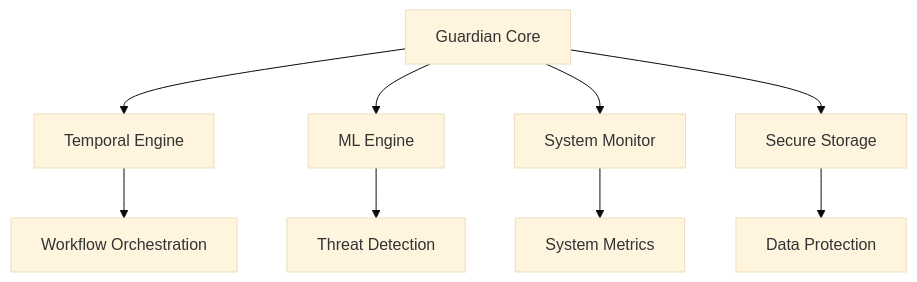
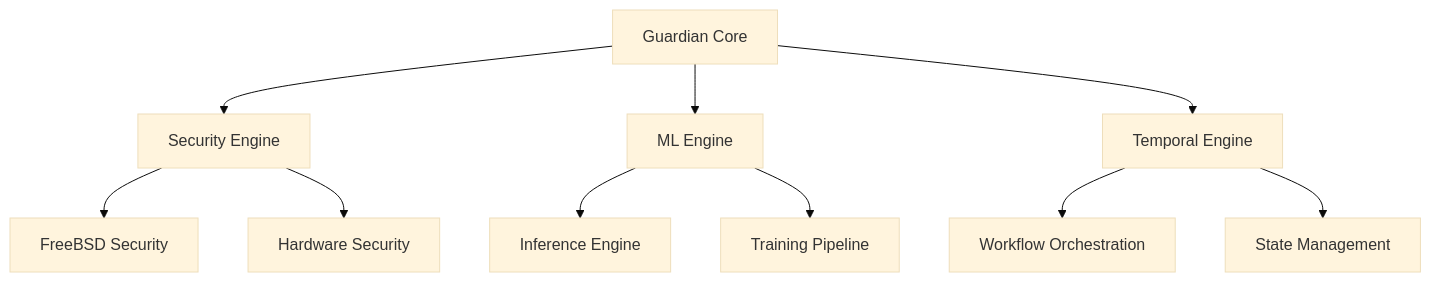
Before and after one commit to BlackBoyZeus/tsukasa--og8yhx: the first of 2 diagrams in src/backend/docs/README.md, drawn with Mermaid (base theme). The commit also changed other lines of this file, not shown here.

````diff
--- a/src/backend/docs/README.md
+++ b/src/backend/docs/README.md
@@ -19,12 +68,15 @@
 ```mermaid
 graph TD
-    A[Guardian Core] --> B[Temporal Engine]
+    A[Guardian Core] --> B[Security Engine]
     A --> C[ML Engine]
-    A --> D[System Monitor]
-    A --> E[Secure Storage]
+    A --> D[Temporal Engine]
     
-    B --> F[Workflow Orchestration]
-    C --> G[Threat Detection]
-    D --> H[System Metrics]
-    E --> I[Data Protection]
+    B --> E[FreeBSD Security]
+    B --> F[Hardware Security]
+    
+    C --> G[Inference Engine]
+    C --> H[Training Pipeline]
+    
+    D --> I[Workflow Orchestration]
+    D --> J[State Management]
 ```
````
